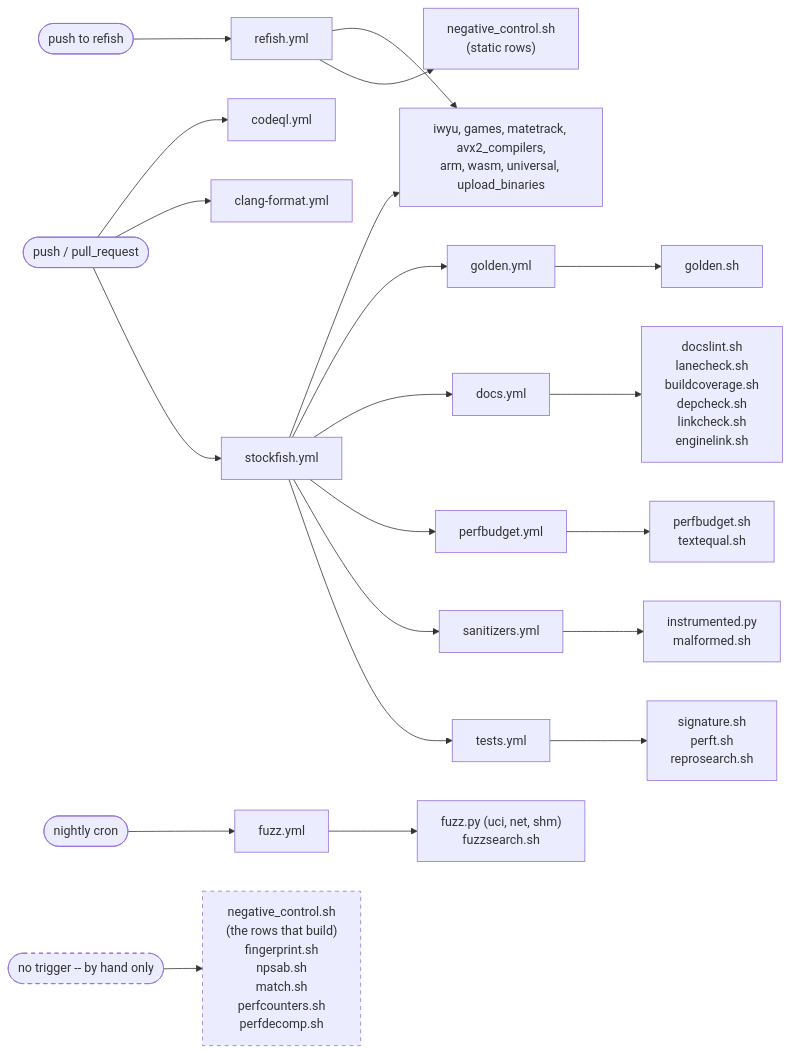
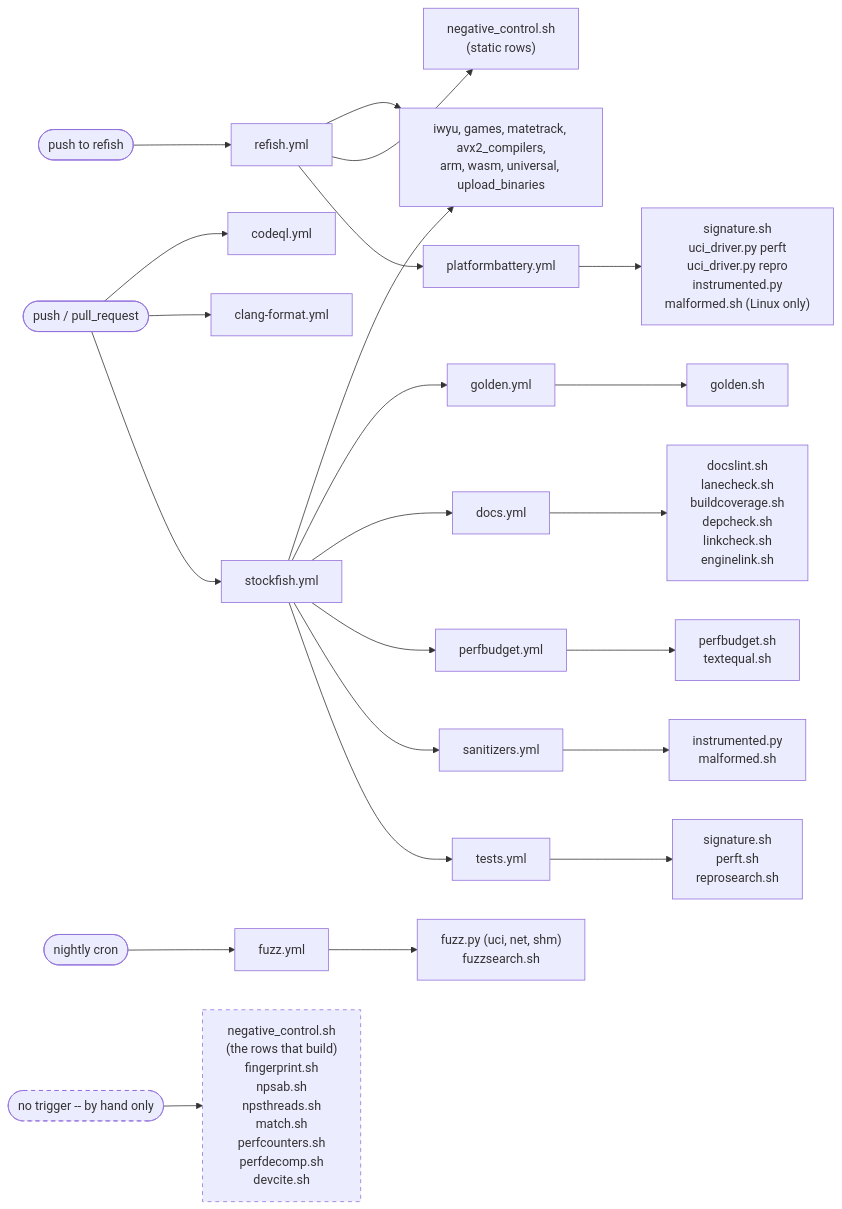
One commit to ppigazzini/Stockfish changed the diagram in docs/10-tooling-ci.md. Above: the diagram before and after it, drawn with Mermaid. The commit also changed other lines of this file and 5 other files, not shown here.

````diff
--- a/docs/10-tooling-ci.md
+++ b/docs/10-tooling-ci.md
@@ -1801,25 +1835,27 @@
 ```mermaid
 flowchart LR
     P(["push / pull_request"]) --> SF["stockfish.yml"]
     R(["push to refish"]) --> RF["refish.yml"]
     P --> CF["clang-format.yml"]
     P --> CQ["codeql.yml"]
     SF --> T["tests.yml"]
     SF --> SAN["sanitizers.yml"]
     SF --> PB["perfbudget.yml"]
     SF --> D["docs.yml"]
     SF --> GO["golden.yml"]
+    RF --> PBAT["platformbattery.yml"]
+    PBAT --> G8["signature.sh<br/>uci_driver.py perft<br/>uci_driver.py repro<br/>instrumented.py<br/>malformed.sh (Linux only)"]
     SF --> OTH["iwyu, games, matetrack, avx2_compilers,<br/>arm, wasm, universal, upload_binaries"]
     N(["nightly cron"]) --> FZ["fuzz.yml"]
     T --> G1["signature.sh<br/>perft.sh<br/>reprosearch.sh"]
     D --> G5["docslint.sh<br/>lanecheck.sh<br/>buildcoverage.sh<br/>depcheck.sh<br/>linkcheck.sh<br/>enginelink.sh"]
     GO --> G6["golden.sh"]
     FZ --> G7["fuzz.py (uci, net, shm)<br/>fuzzsearch.sh"]
     SAN --> G3["instrumented.py<br/>malformed.sh"]
     PB --> G4["perfbudget.sh<br/>textequal.sh"]
     RF --> NC["negative_control.sh<br/>(static rows)"]
     RF --> OTH
-    L(["no trigger -- by hand only"]) --> G2["negative_control.sh<br/>(the rows that build)<br/>fingerprint.sh<br/>npsab.sh<br/>match.sh<br/>perfcounters.sh<br/>perfdecomp.sh"]
+    L(["no trigger -- by hand only"]) --> G2["negative_control.sh<br/>(the rows that build)<br/>fingerprint.sh<br/>npsab.sh<br/>npsthreads.sh<br/>match.sh<br/>perfcounters.sh<br/>perfdecomp.sh<br/>devcite.sh"]
     style G2 stroke-dasharray: 5 5
     style L stroke-dasharray: 5 5
 ```
````
